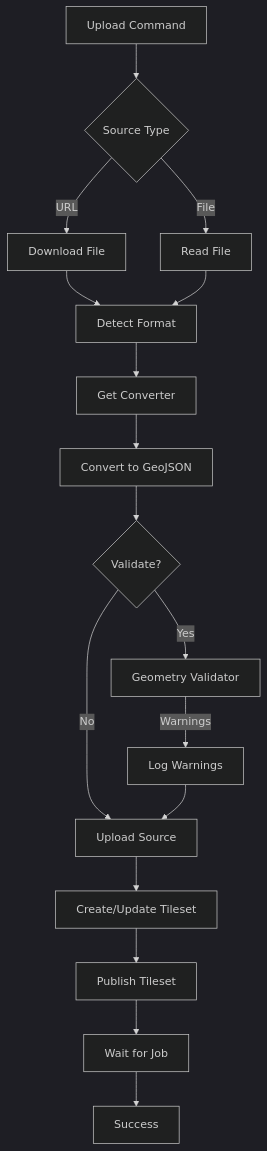
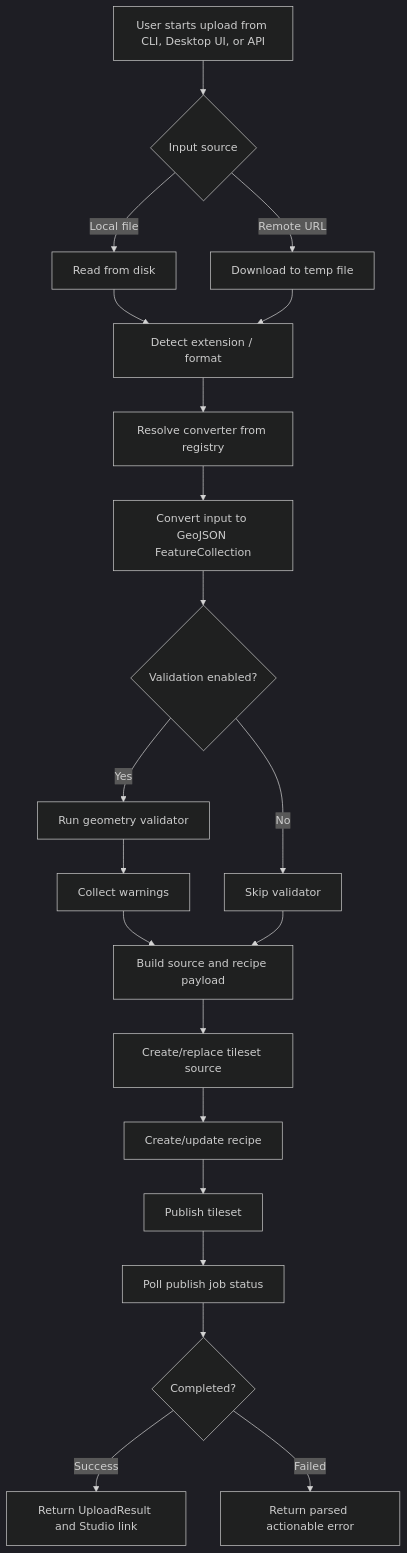
The second of 2 diagrams in README.md (ocha-rosea/mapbox-tileset-uploader), drawn with Mermaid (dark theme) before and after one commit. The commit also changed other lines of this file and 7 other files, not shown here.

Commit message:
Update repo references, README diagrams, and UI/docs polish

````diff
--- a/README.md
+++ b/README.md
@@ -124,19 +123,29 @@
 ```mermaid
 flowchart TD
-    A[Upload Command] --> B{Source Type}
-    B -->|URL| C[Download File]
-    B -->|File| D[Read File]
-    C --> E[Detect Format]
-    D --> E
-    E --> F[Get Converter]
-    F --> G[Convert to GeoJSON]
-    G --> H{Validate?}
-    H -->|Yes| I[Geometry Validator]
-    H -->|No| J[Upload Source]
-    I --> |Warnings| K[Log Warnings]
-    K --> J
-    J --> L[Create/Update Tileset]
-    L --> M[Publish Tileset]
-    M --> N[Wait for Job]
-    N --> O[Success]
+  A["User starts upload from CLI, Desktop UI, or API"] --> B{Input source}
+  B -->|Local file| C[Read from disk]
+  B -->|Remote URL| D[Download to temp file]
+
+  C --> E[Detect extension / format]
+  D --> E
+
+  E --> F[Resolve converter from registry]
+  F --> G["Convert input to GeoJSON FeatureCollection"]
+  G --> H{Validation enabled?}
+
+  H -->|Yes| I[Run geometry validator]
+  I --> J[Collect warnings]
+  H -->|No| K[Skip validator]
+
+  J --> L["Build source and recipe payload"]
+  K --> L
+
+  L --> M[Create/replace tileset source]
+  M --> N[Create/update recipe]
+  N --> O[Publish tileset]
+  O --> P[Poll publish job status]
+  P --> Q{Completed?}
+
+  Q -->|Success| R["Return UploadResult and Studio link"]
+  Q -->|Failed| S[Return parsed actionable error]
 ```
````
